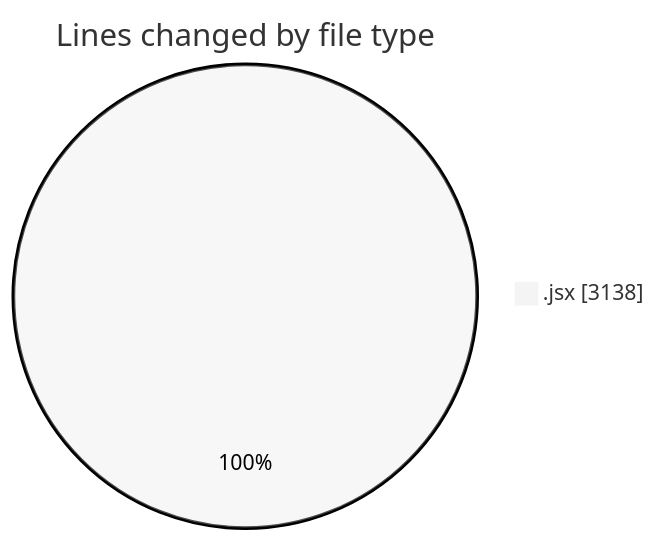
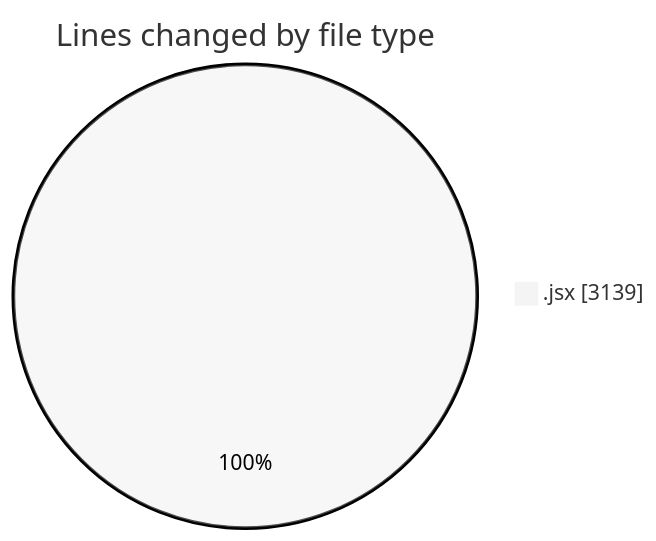
Before and after one commit to nxtqubesakshisongat/code-tracking: the first of 2 diagrams in 2025-10-14/nxtqube_webapp/README.md, drawn with Mermaid (neutral theme). The commit also changed other lines of this file and 1 other file, not shown here.

````diff
--- a/2025-10-14/nxtqube_webapp/README.md
+++ b/2025-10-14/nxtqube_webapp/README.md
@@ -21,5 +21,5 @@
 ```mermaid
 pie showData
 title Lines changed by file type
-".jsx" : 3138
+".jsx" : 3139
 ```
````
